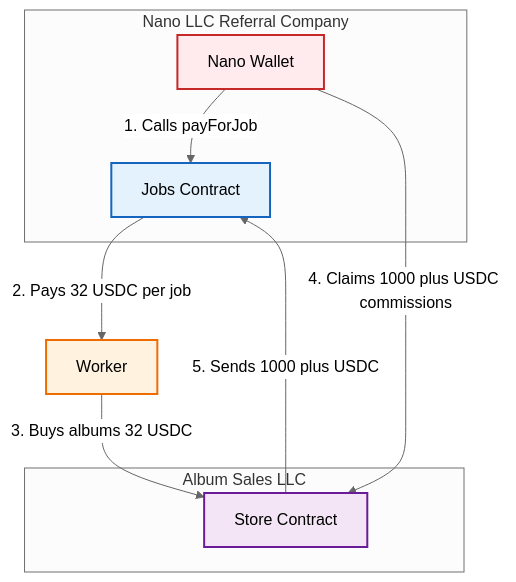
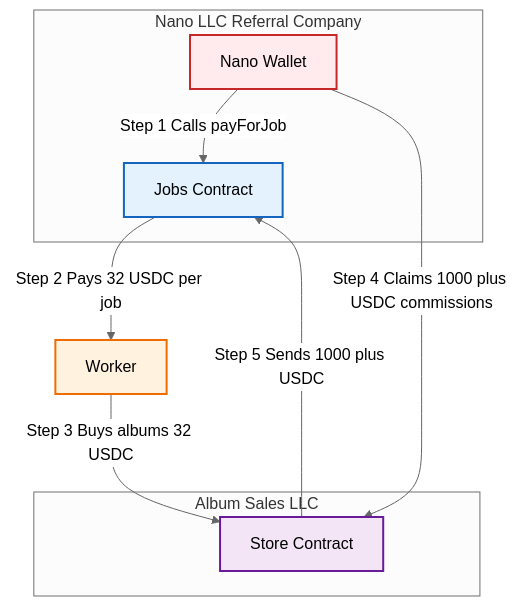
One commit to rowhq/hitmachine changed the first of 2 diagrams in SIMPLE_FLOW.md. Above: the diagram before and after it, drawn with Mermaid (neutral theme). The commit also changed 1 other file, not shown here.

Commit message:
fix: Remove numbered list syntax from Mermaid edge labels
- Changed '1.' to 'Step 1' format to avoid markdown list interpretation
- Fixes 'Unsupported markdown: list' errors in flowchart diagram
- All edge labels now use 'Step N' format instead of 'N.' format

````diff
--- a/SIMPLE_FLOW.md
+++ b/SIMPLE_FLOW.md
@@ -19,24 +19,24 @@
 ```mermaid
 flowchart TB
     subgraph NanoLLC[Nano LLC Referral Company]
         NanoWallet[Nano Wallet]
         JobsContract[Jobs Contract]
     end
     
     subgraph AlbumSalesLLC[Album Sales LLC]
         StoreContract[Store Contract]
     end
     
     Worker[Worker]
     
-    NanoWallet -->|1. Calls payForJob| JobsContract
-    JobsContract -->|2. Pays 32 USDC per job| Worker
-    Worker -->|3. Buys albums 32 USDC| StoreContract
-    NanoWallet -->|4. Claims 1000 plus USDC commissions| StoreContract
-    StoreContract -->|5. Sends 1000 plus USDC| JobsContract
+    NanoWallet -->|Step 1 Calls payForJob| JobsContract
+    JobsContract -->|Step 2 Pays 32 USDC per job| Worker
+    Worker -->|Step 3 Buys albums 32 USDC| StoreContract
+    NanoWallet -->|Step 4 Claims 1000 plus USDC commissions| StoreContract
+    StoreContract -->|Step 5 Sends 1000 plus USDC| JobsContract
     
     style NanoWallet fill:#ffebee,stroke:#c62828,stroke-width:2px
     style JobsContract fill:#e3f2fd,stroke:#1565c0,stroke-width:2px
     style Worker fill:#fff3e0,stroke:#ef6c00,stroke-width:2px
     style StoreContract fill:#f3e5f5,stroke:#6a1b9a,stroke-width:2px
 ```
````
